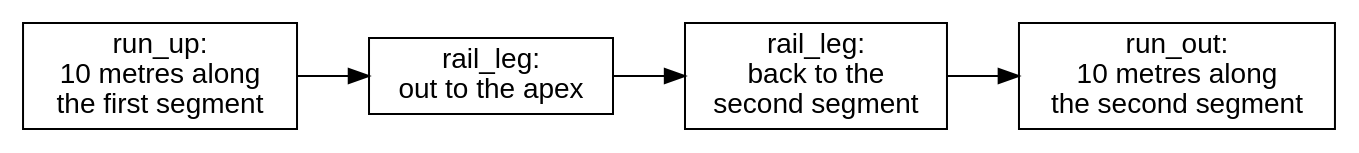
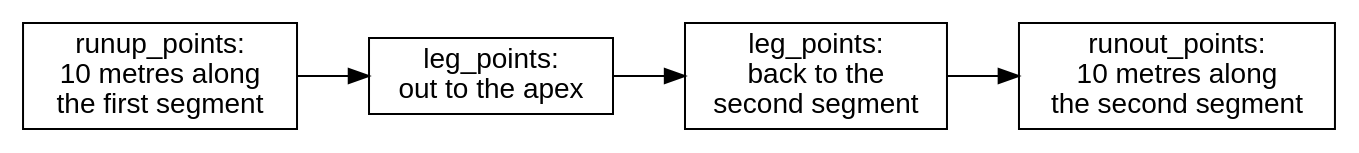
One commit to showell/roc-apps changed diagram 12 of 34 in canvas_apps/safari/tutorial/tutorial.md. Above: the diagram before and after it, drawn with Graphviz. The commit also changed other lines of this file, not shown here.

````diff
--- a/canvas_apps/safari/tutorial/tutorial.md
+++ b/canvas_apps/safari/tutorial/tutorial.md
@@ -988,11 +990,11 @@
 ```dot
 digraph rail {
   rankdir=LR;
   node [shape=box, fontname="Helvetica"];
-  up [label="run_up:\n10 metres along\nthe first segment"];
-  out [label="rail_leg:\nout to the apex"];
-  back [label="rail_leg:\nback to the\nsecond segment"];
-  on [label="run_out:\n10 metres along\nthe second segment"];
+  up [label="runup_points:\n10 metres along\nthe first segment"];
+  out [label="leg_points:\nout to the apex"];
+  back [label="leg_points:\nback to the\nsecond segment"];
+  on [label="runout_points:\n10 metres along\nthe second segment"];
   up -> out -> back -> on;
 }
 ```
````
